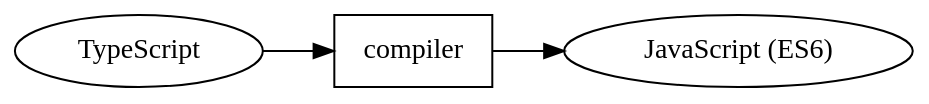
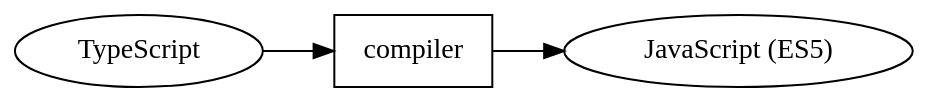
One commit to krawaller/accapp changed the diagram in presentation/source/resources/diagrams/ts-compile.dot. Above: the diagram before and after it, drawn with Graphviz. The commit also changed 1 other file, not shown here.

```diff
--- a/presentation/source/resources/diagrams/ts-compile.dot
+++ b/presentation/source/resources/diagrams/ts-compile.dot
@@ -1,7 +1,7 @@
 digraph {
   rankdir = LR
   bgcolor = transparent
   TypeScript -> compiler -> JavaScript
-  JavaScript [label="JavaScript (ES6)"]
+  JavaScript [label="JavaScript (ES5)"]
   compiler [shape="box"]
 }
```
